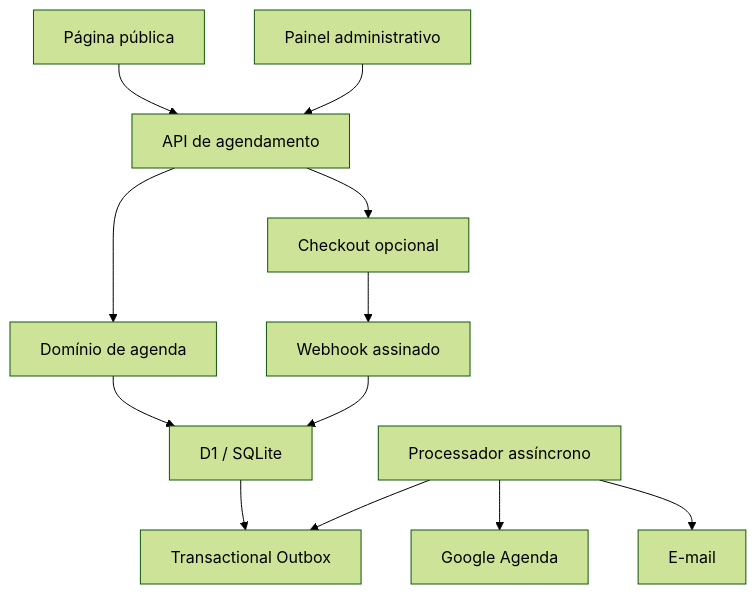
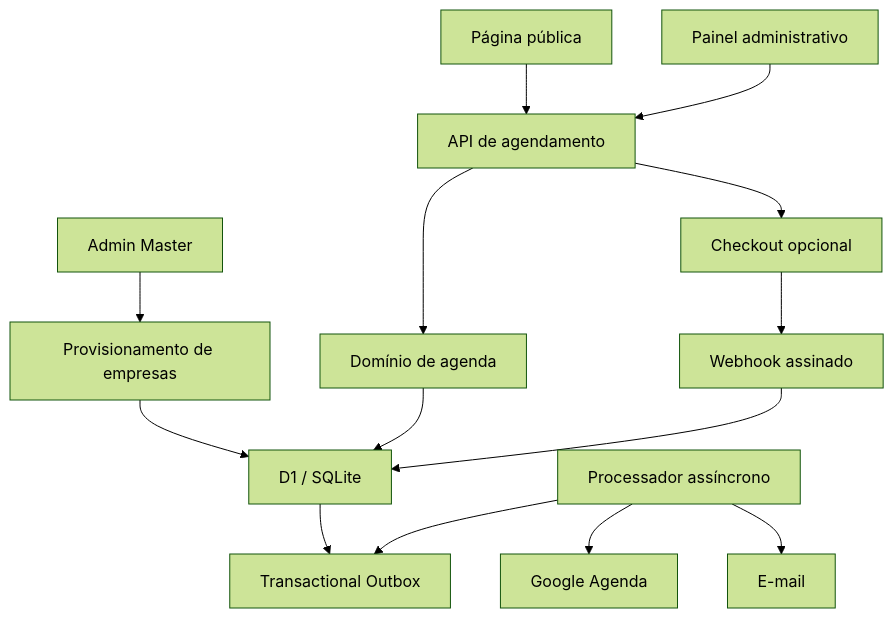
Before and after one commit to zemariocorrea/agenda-livre: the first of 2 diagrams in docs/ARCHITECTURE.md, drawn with Mermaid (forest theme). The commit also changed other lines of this file and 79 other files, not shown here.

````diff
--- a/docs/ARCHITECTURE.md
+++ b/docs/ARCHITECTURE.md
@@ -9,14 +9,16 @@
 ```mermaid
 flowchart TB
     Public["Página pública"] --> API["API de agendamento"]
     Admin["Painel administrativo"] --> API
+    Master["Admin Master"] --> Provision["Provisionamento de empresas"]
+    Provision --> DB
     API --> Domain["Domínio de agenda"]
     Domain --> DB["D1 / SQLite"]
     DB --> Outbox["Transactional Outbox"]
     Worker["Processador assíncrono"] --> Outbox
     Worker --> Google["Google Agenda"]
     Worker --> Email["E-mail"]
     API --> Payment["Checkout opcional"]
     Payment --> Webhook["Webhook assinado"]
     Webhook --> DB
 ```
````
